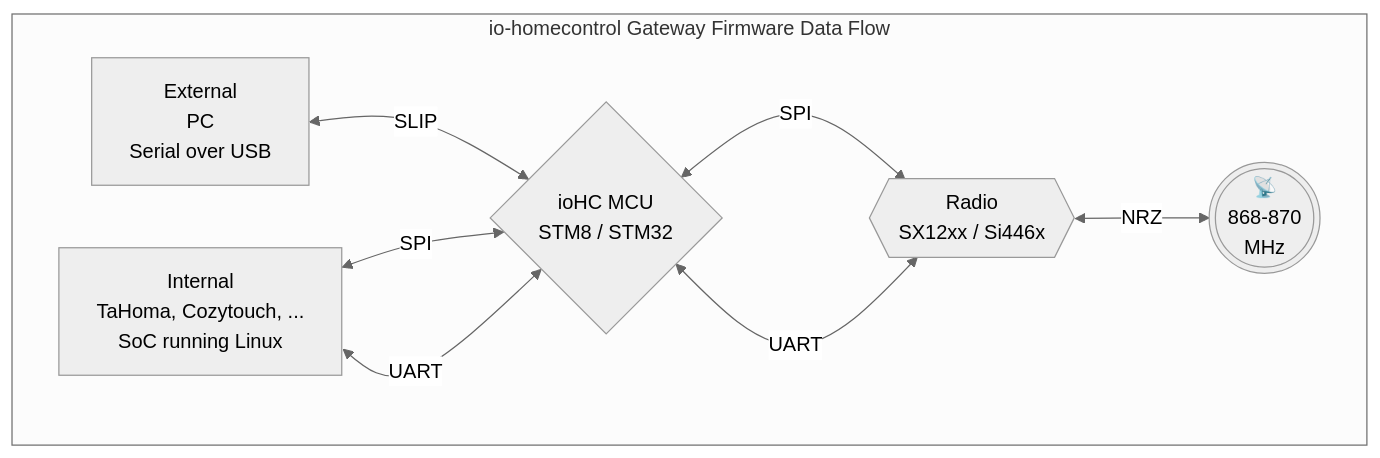
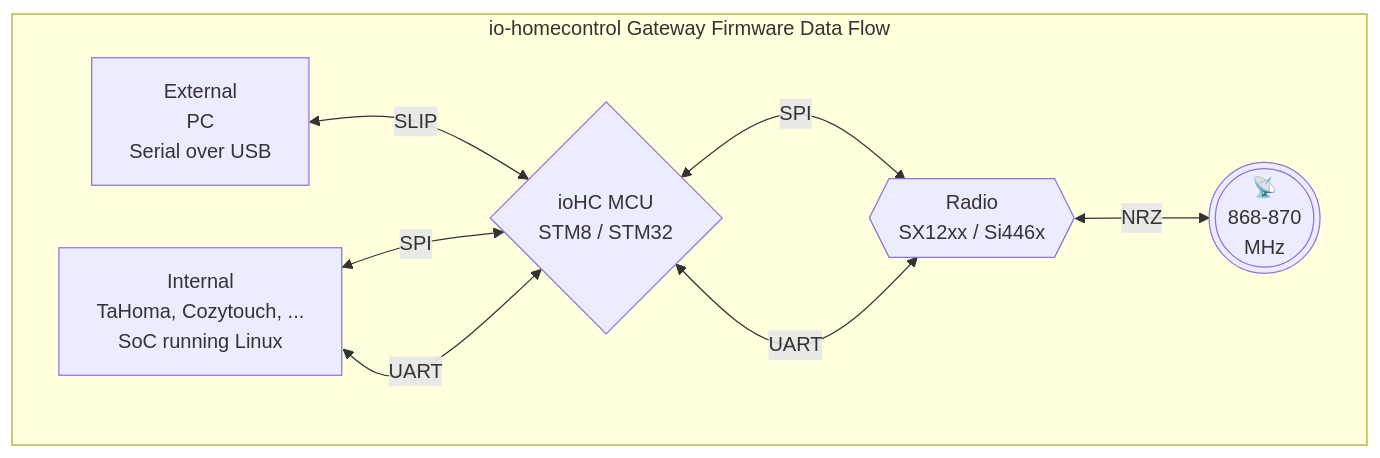
One commit to Velocet/iown-homecontrol changed the diagram in docs/README.md. Above: the diagram before and after it, drawn with Mermaid. The commit also changed other lines of this file and 81 other files, not shown here.

````diff
--- a/docs/README.md
+++ b/docs/README.md
@@ -17,18 +17,18 @@
 ``` mermaid
-%%{init:{"theme":"neutral","fontFamily":"monospace","flowchart":{"curve":"natural"}}}%%
+%%{init:{"fontFamily":"monospace","flowchart":{"curve":"natural"}}}%%
 
 flowchart TB
   subgraph DataFlow["io-homecontrol Gateway Firmware Data Flow"]
     mcu{"ioHC MCU<br/>STM8 / STM32"}
     radio{{"Radio<br/>SX12xx / Si446x"}}
     ant((("📡<br/>868-870<br/>MHz")))
     ext["External<br/>PC<br/>Serial over USB<br/>"]
     int["Internal<br/>TaHoma, Cozytouch, ...<br/>SoC running Linux<br/>"]
     ext<--"SLIP"-->mcu
     int<--"SPI"-->mcu
     int<--"UART"-->mcu
     mcu<--"SPI"-->radio
     mcu<--"UART"-->radio
     radio<--"NRZ"-->ant
   end
 ```
````
